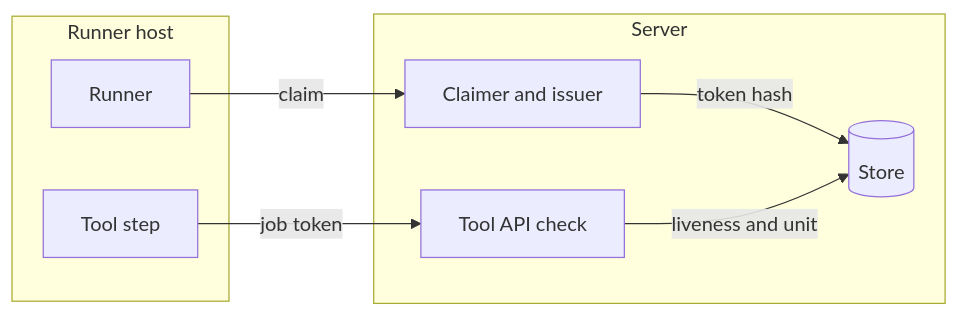
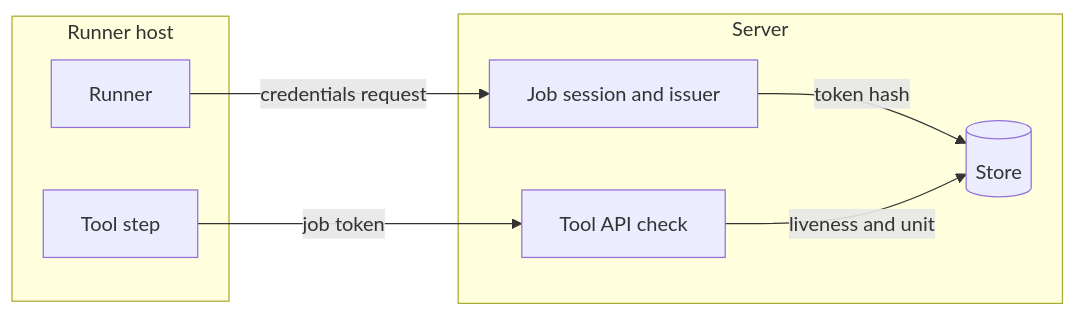
Before and after one commit to OpenDustpan/OpenDustpan: the third of 3 diagrams in openspec/changes/add-job-session-paths-runner-token-issuer/design.md, drawn with Mermaid. The commit also changed other lines of this file and 7 other files, not shown here.

First line of the commit message:
Rewrite the job token issuer change: the credentials path makes the token

````diff
--- a/openspec/changes/add-job-session-paths-runner-token-issuer/design.md
+++ b/openspec/changes/add-job-session-paths-runner-token-issuer/design.md
@@ -62,16 +66,16 @@
 ```mermaid
 flowchart LR
   subgraph Runner_host[Runner host]
     R[Runner]
     S[Tool step]
   end
   subgraph Server[Server]
-    C[Claimer and issuer]
+    C[Job session and issuer]
     A[Tool API check]
     DB[(Store)]
   end
-  R -->|claim| C
+  R -->|credentials request| C
   C -->|token hash| DB
   S -->|job token| A
   A -->|liveness and unit| DB
 ```
````
